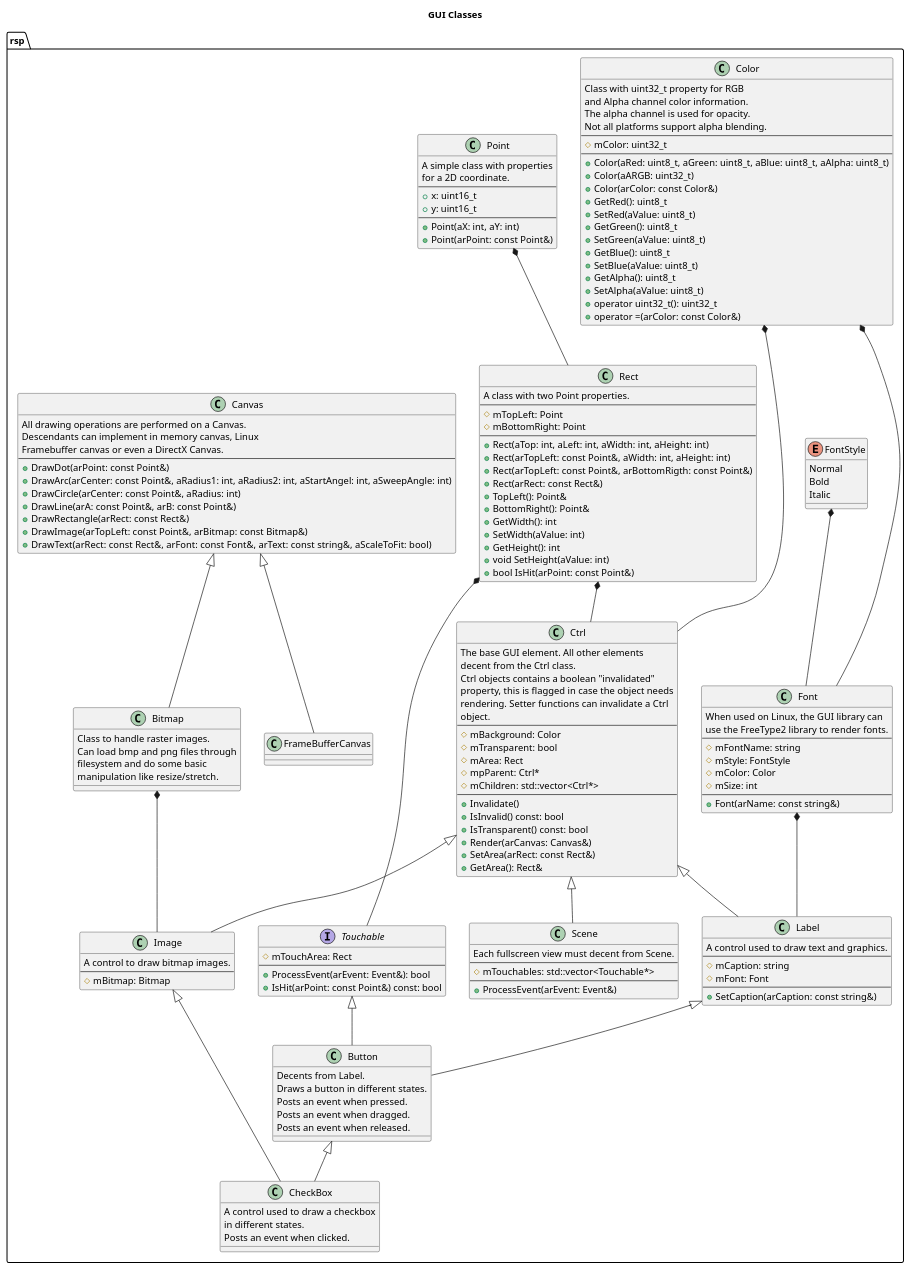
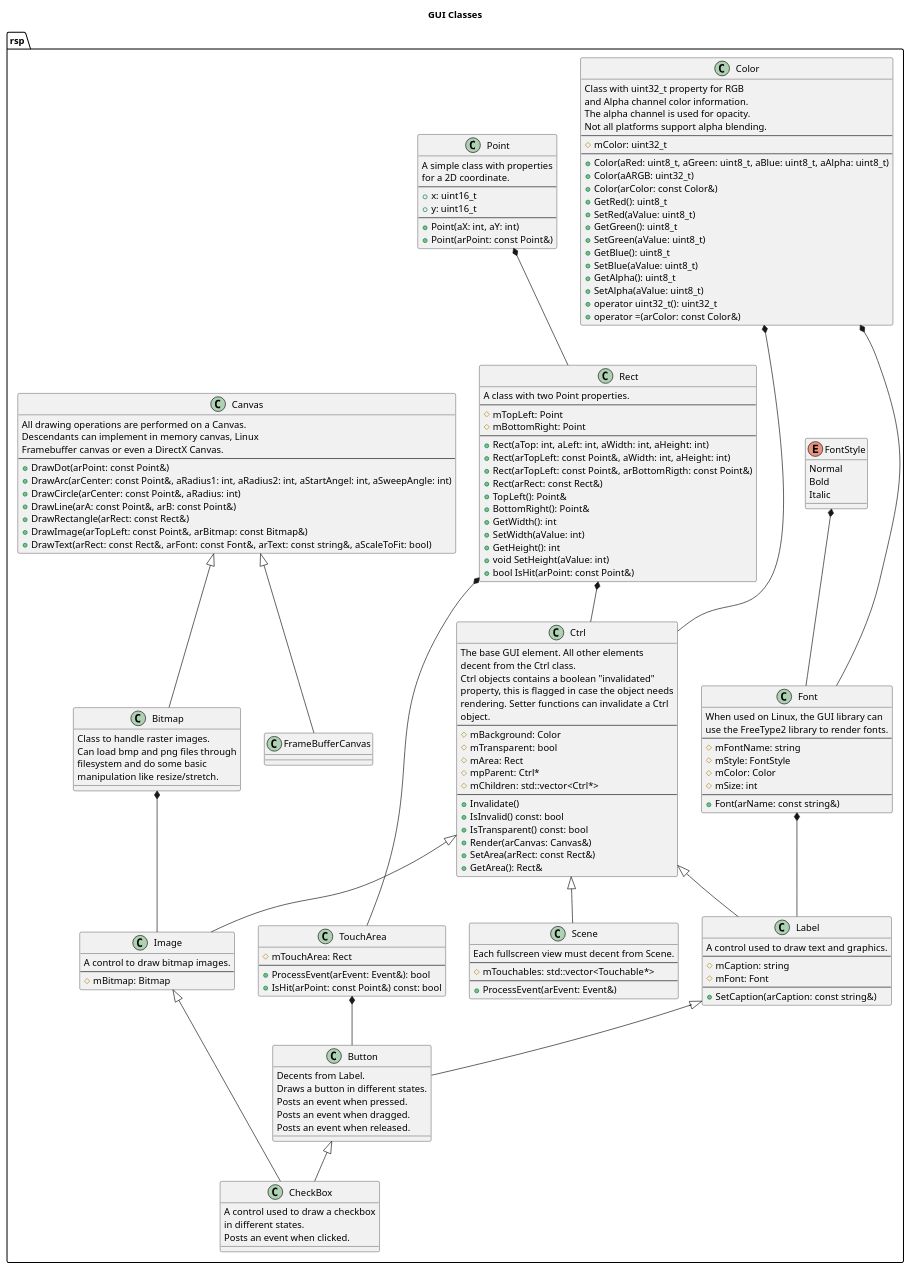
Before and after one commit to rsps/rsp-core-library: the diagram in docs/uml/GUI Classes.puml, drawn with PlantUML. The commit also changed 3 other files, not shown here.

Commit message:
Fixed diagrams and architecture doc after initial review

```diff
--- a/docs/uml/GUI Classes.puml
+++ b/docs/uml/GUI Classes.puml
@@ -1,186 +1,186 @@
 @startuml
 
 title GUI Classes
 
 namespace rsp {
 
 class Point {
     A simple class with properties\nfor a 2D coordinate.
 --
     +x: uint16_t
     +y: uint16_t
 --
     +Point(aX: int, aY: int)
     +Point(arPoint: const Point&)
 }
 
 class Rect {
     A class with two Point properties.
 --
     #mTopLeft: Point
     #mBottomRight: Point
 --
     +Rect(aTop: int, aLeft: int, aWidth: int, aHeight: int)
     +Rect(arTopLeft: const Point&, aWidth: int, aHeight: int)
     +Rect(arTopLeft: const Point&, arBottomRigth: const Point&)
     +Rect(arRect: const Rect&)
     +TopLeft(): Point&
     +BottomRight(): Point&
     +GetWidth(): int
     +SetWidth(aValue: int)
     +GetHeight(): int
     +void SetHeight(aValue: int)
     +bool IsHit(arPoint: const Point&)
 }
 Point *-- Rect
 
 class Color {
     Class with uint32_t property for RGB
     and Alpha channel color information.
     The alpha channel is used for opacity.
     Not all platforms support alpha blending.
 --
     #mColor: uint32_t
 --
     +Color(aRed: uint8_t, aGreen: uint8_t, aBlue: uint8_t, aAlpha: uint8_t)
     +Color(aARGB: uint32_t)
     +Color(arColor: const Color&)
     +GetRed(): uint8_t
     +SetRed(aValue: uint8_t)
     +GetGreen(): uint8_t
     +SetGreen(aValue: uint8_t)
     +GetBlue(): uint8_t
     +SetBlue(aValue: uint8_t)
     +GetAlpha(): uint8_t
     +SetAlpha(aValue: uint8_t)
     +operator uint32_t(): uint32_t
     +operator =(arColor: const Color&)
 }
 
 enum FontStyle {
     Normal
     Bold
     Italic
 }
 
 class Font {
     When used on Linux, the GUI library can
     use the FreeType2 library to render fonts.
 --
     #mFontName: string
     #mStyle: FontStyle
     #mColor: Color
     #mSize: int
 --
     +Font(arName: const string&)
 }
 FontStyle *-- Font
 Color *--- Font
 
 class Bitmap {
     Class to handle raster images.
     Can load bmp and png files through
     filesystem and do some basic
     manipulation like resize/stretch.
 }
 
 class Canvas {
     All drawing operations are performed on a Canvas.
     Descendants can implement in memory canvas, Linux
     Framebuffer canvas or even a DirectX Canvas.
 --
     +DrawDot(arPoint: const Point&)
     +DrawArc(arCenter: const Point&, aRadius1: int, aRadius2: int, aStartAngel: int, aSweepAngle: int)
     +DrawCircle(arCenter: const Point&, aRadius: int)
     +DrawLine(arA: const Point&, arB: const Point&)
     +DrawRectangle(arRect: const Rect&)
     +DrawImage(arTopLeft: const Point&, arBitmap: const Bitmap&)
     +DrawText(arRect: const Rect&, arFont: const Font&, arText: const string&, aScaleToFit: bool)
 }
 Canvas <|-- Bitmap
 
 class FrameBufferCanvas {
 }
 Canvas <|-- FrameBufferCanvas
 
-interface Touchable {
+class TouchArea {
     #mTouchArea: Rect
 --
     +ProcessEvent(arEvent: Event&): bool
     +IsHit(arPoint: const Point&) const: bool
 }
-Rect *-- Touchable
+Rect *-- TouchArea
 
 class Ctrl {
     The base GUI element. All other elements
     decent from the Ctrl class.
     Ctrl objects contains a boolean "invalidated"
     property, this is flagged in case the object needs
     rendering. Setter functions can invalidate a Ctrl
     object.
 --
     #mBackground: Color
     #mTransparent: bool
     #mArea: Rect
     #mpParent: Ctrl*
     #mChildren: std::vector<Ctrl*>
 --
     +Invalidate()
     +IsInvalid() const: bool
     +IsTransparent() const: bool
     +Render(arCanvas: Canvas&)
     +SetArea(arRect: const Rect&)
     +GetArea(): Rect&
 }
 Color *-- Ctrl
 Rect *-- Ctrl
 
 class Scene {
     Each fullscreen view must decent from Scene.
 --
     #mTouchables: std::vector<Touchable*>
 --
     +ProcessEvent(arEvent: Event&)
 }
 Ctrl <|-- Scene 
 
 class Image {
     A control to draw bitmap images.
 --
     #mBitmap: Bitmap
 }
 Ctrl <|-- Image
 Bitmap *-- Image
 
 class Label {
     A control used to draw text and graphics.
 --
     #mCaption: string
     #mFont: Font
 --
     +SetCaption(arCaption: const string&)
 }
 Ctrl <|-- Label
 Font *-- Label
 
 class Button {
     Decents from Label.
     Draws a button in different states.
     Posts an event when pressed.
     Posts an event when dragged.
     Posts an event when released.
 }
 Label <|-- Button
-Touchable <|-- Button
+TouchArea *-- Button
 
 class CheckBox {
     A control used to draw a checkbox
     in different states.
     Posts an event when clicked.
 }
 Button <|-- CheckBox
 Image <|-- CheckBox
 
 }
 
 @enduml
```
